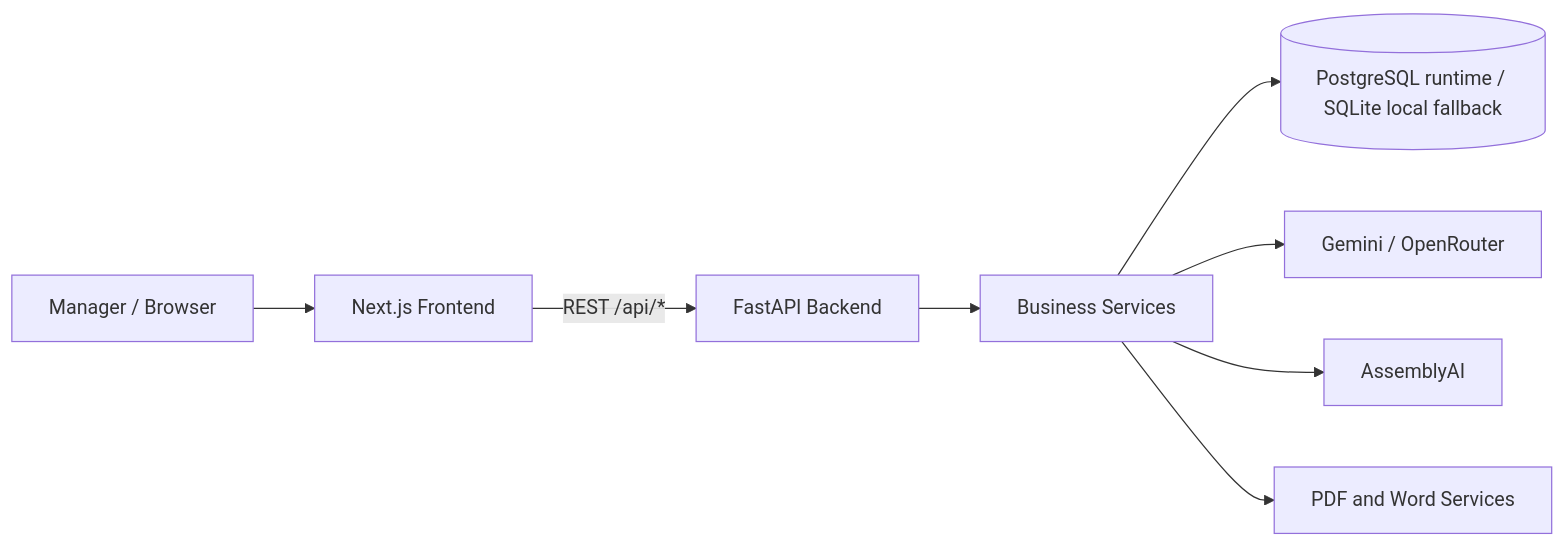
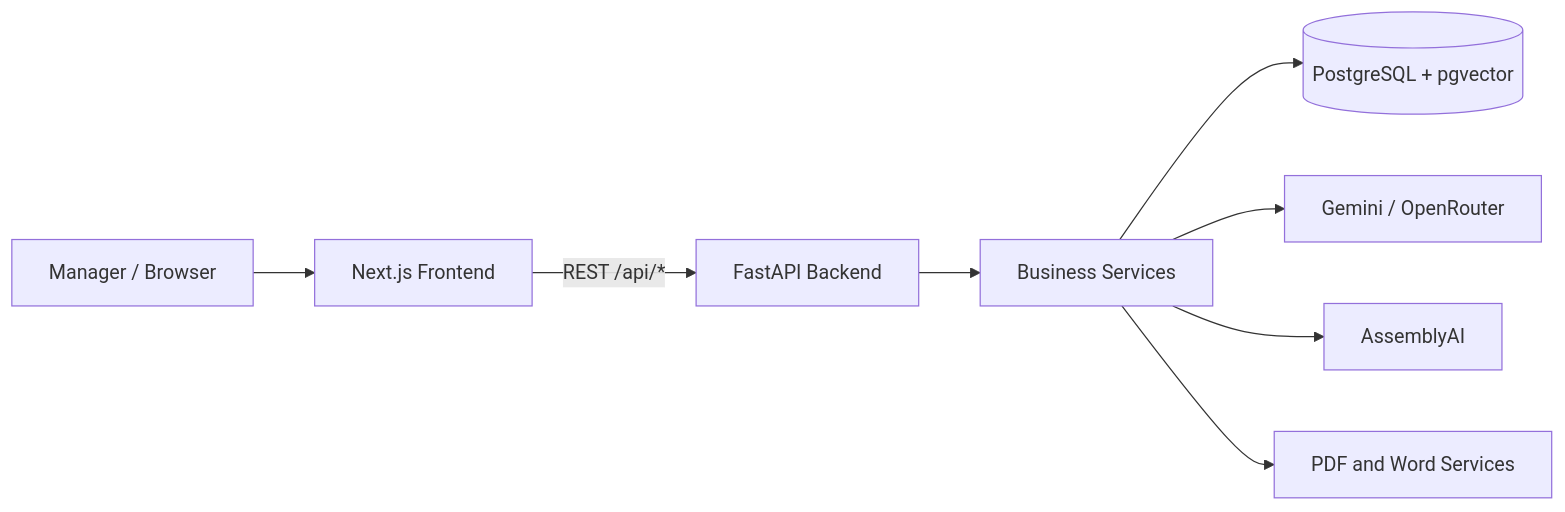
One commit to aliendevit/mini_erp_ai changed the diagram in README.md. Above: the diagram before and after it, drawn with Mermaid. The commit also changed other lines of this file and 51 other files, not shown here.

````diff
--- a/README.md
+++ b/README.md
@@ -92,10 +92,10 @@
 ```mermaid
 flowchart LR
     U[Manager / Browser] --> F[Next.js Frontend]
     F -->|REST /api/*| B[FastAPI Backend]
     B --> S[Business Services]
-    S --> DB[(PostgreSQL runtime / SQLite local fallback)]
+    S --> DB[(PostgreSQL + pgvector)]
     S --> AI[Gemini / OpenRouter]
     S --> STT[AssemblyAI]
     S --> DOC[PDF and Word Services]
 ```
````
